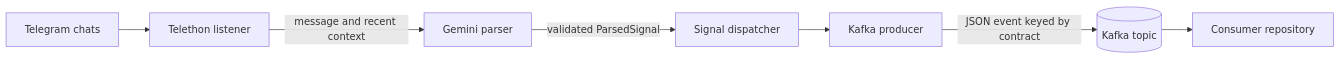
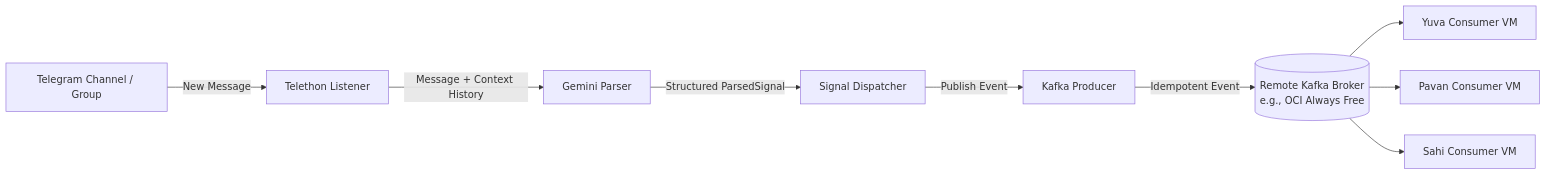
Before and after one commit to pawanbudati/neo-tel-signal-producer: the diagram in README.md, drawn with Mermaid. The commit also changed other lines of this file, not shown here.

Commit message:
Update README with OCI Kafka integration, daily restart cron, and manual deploy scripts

````diff
--- a/README.md
+++ b/README.md
@@ -7,9 +9,11 @@
 ```mermaid
 flowchart LR
-    TG[Telegram chats] --> TL[Telethon listener]
-    TL -->|message and recent context| GM[Gemini parser]
-    GM -->|validated ParsedSignal| SD[Signal dispatcher]
-    SD --> KP[Kafka producer]
-    KP -->|JSON event keyed by contract| KT[(Kafka topic)]
-    KT --> KC[Consumer repository]
+    TG[Telegram Channel / Group] -->|New Message| TL[Telethon Listener]
+    TL -->|Message + Context History| GM[Gemini Parser]
+    GM -->|Structured ParsedSignal| SD[Signal Dispatcher]
+    SD -->|Publish Event| KP[Kafka Producer]
+    KP -->|Idempotent Event| KF[(Remote Kafka Broker\ne.g., OCI Always Free)]
+    KF --> C1[Yuva Consumer VM]
+    KF --> C2[Pavan Consumer VM]
+    KF --> C3[Sahi Consumer VM]
 ```
````
